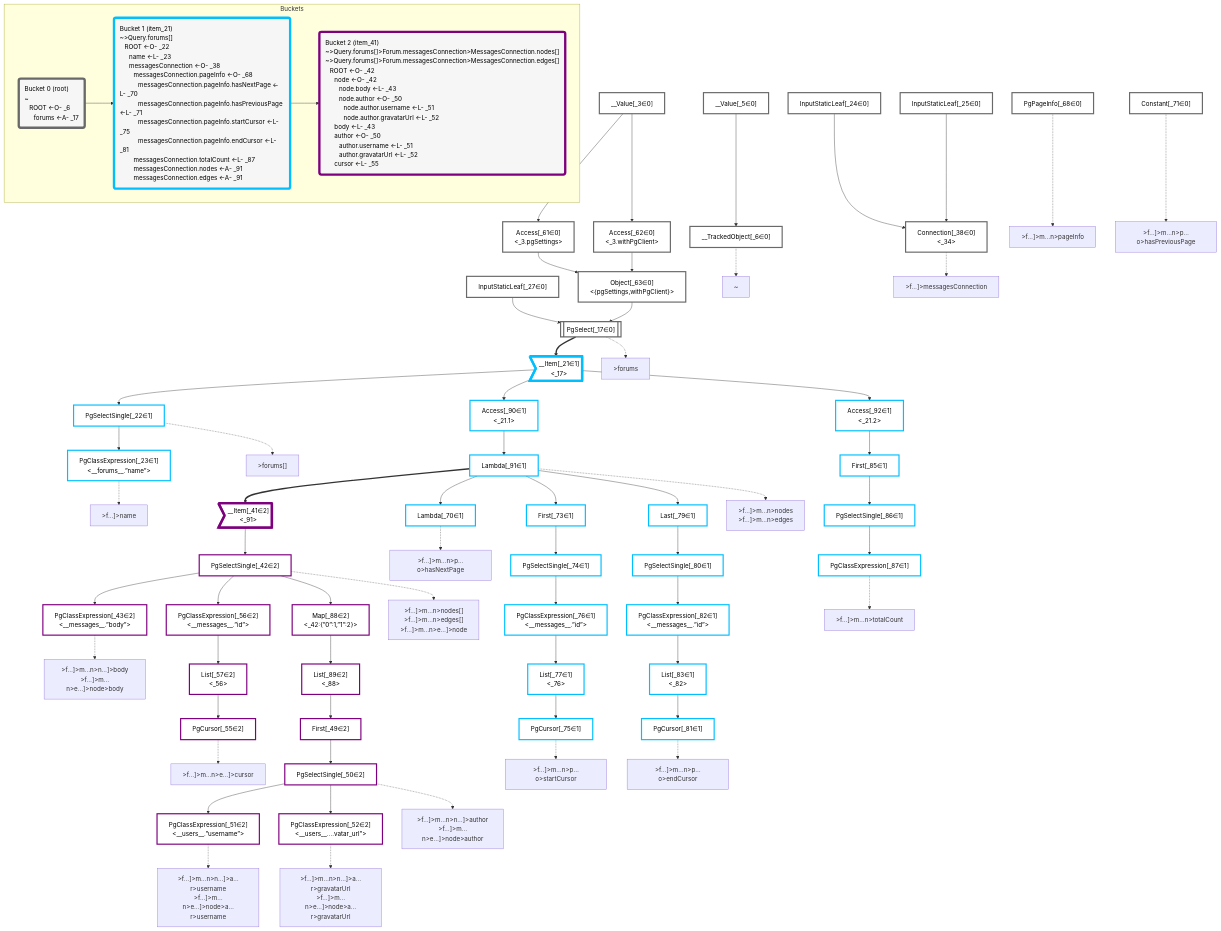
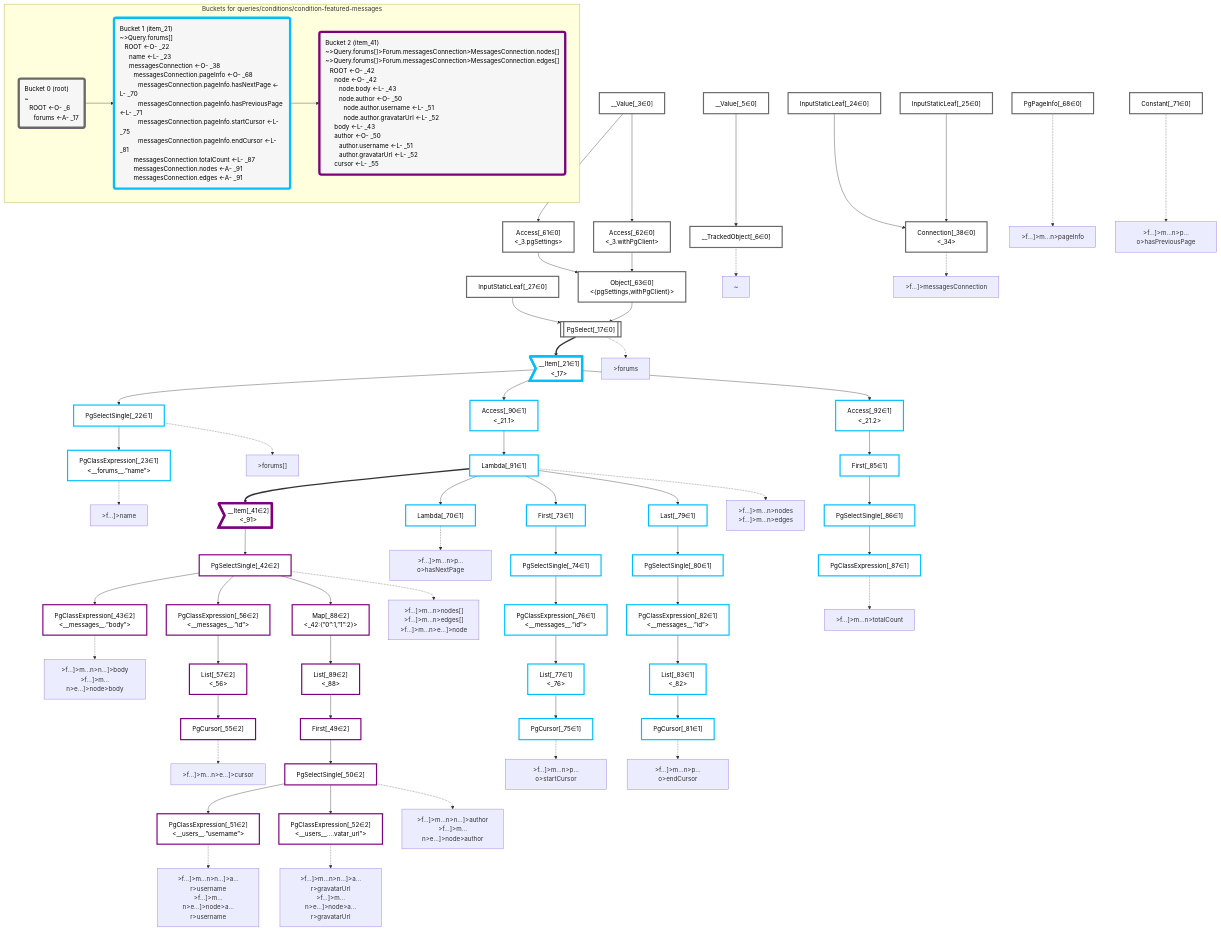
The diagram in packages/dataplan-pg/__tests__/queries/conditions/condition-featured-messages.mermaid.md (graphile/crystal), drawn with Mermaid before and after one commit. The commit also changed 195 other files, not shown here.

```diff
--- a/packages/dataplan-pg/__tests__/queries/conditions/condition-featured-messages.mermaid.md
+++ b/packages/dataplan-pg/__tests__/queries/conditions/condition-featured-messages.mermaid.md
@@ -143,7 +143,7 @@
     classDef bucket2 stroke:#7f007f
     class __Item_41,PgSelectSingle_42,PgClassExpression_43,First_49,PgSelectSingle_50,PgClassExpression_51,PgClassExpression_52,PgCursor_55,PgClassExpression_56,List_57,Map_88,List_89 bucket2
 
-    subgraph Buckets
+    subgraph "Buckets for queries/conditions/condition-featured-messages"
     Bucket0("Bucket 0 (root)<br />~<br />⠀ROOT <-O- _6<br />⠀⠀forums <-A- _17"):::bucket
     style Bucket0 stroke:#696969
     Bucket1("Bucket 1 (item_21)<br />~>Query.forums[]<br />⠀ROOT <-O- _22<br />⠀⠀name <-L- _23<br />⠀⠀messagesConnection <-O- _38<br />⠀⠀⠀messagesConnection.pageInfo <-O- _68<br />⠀⠀⠀⠀messagesConnection.pageInfo.hasNextPage <-L- _70<br />⠀⠀⠀⠀messagesConnection.pageInfo.hasPreviousPage <-L- _71<br />⠀⠀⠀⠀messagesConnection.pageInfo.startCursor <-L- _75<br />⠀⠀⠀⠀messagesConnection.pageInfo.endCursor <-L- _81<br />⠀⠀⠀messagesConnection.totalCount <-L- _87<br />⠀⠀⠀messagesConnection.nodes <-A- _91<br />⠀⠀⠀messagesConnection.edges <-A- _91"):::bucket
```
